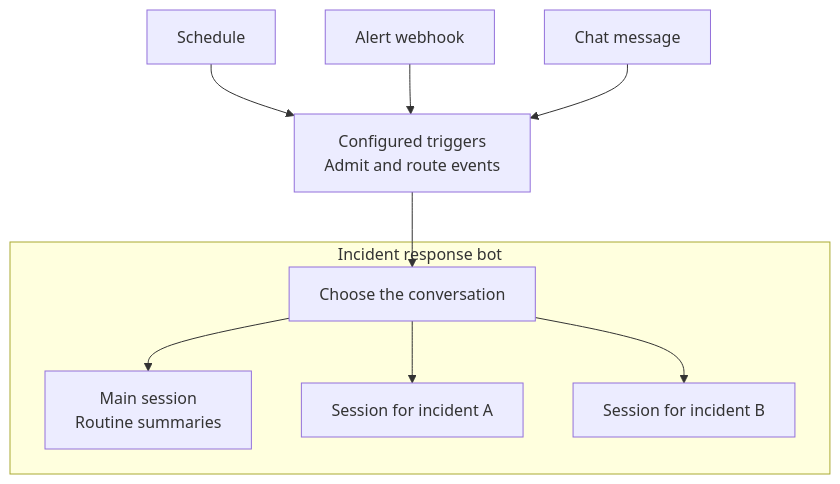
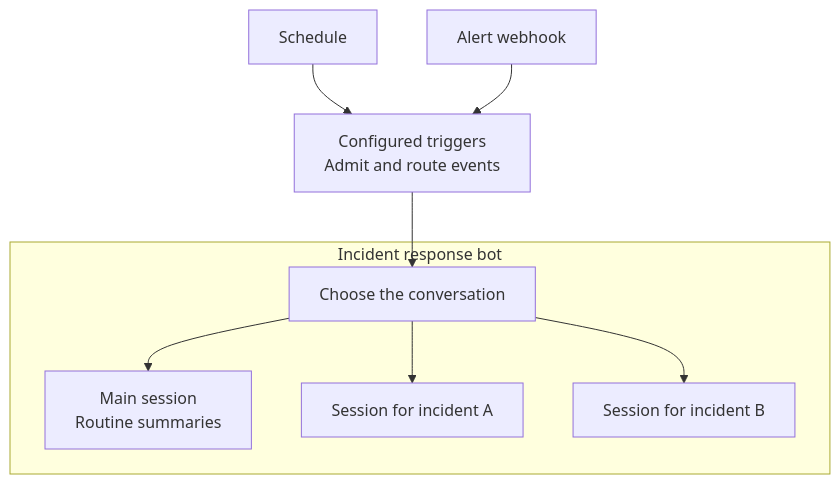
One commit to smartcomputer-ai/lightspeed changed the third of 4 diagrams in docs/documentation/getting-started/concepts.md. Above: the diagram before and after it, drawn with Mermaid. The commit also changed other lines of this file and 291 other files, not shown here.

````diff
--- a/docs/documentation/getting-started/concepts.md
+++ b/docs/documentation/getting-started/concepts.md
@@ -135,13 +131,12 @@
 ```mermaid
 flowchart TB
   Schedule["Schedule"] --> Triggers
   Webhook["Alert webhook"] --> Triggers
-  Chat["Chat message"] --> Triggers
   Triggers["Configured triggers<br/>Admit and route events"] --> Routing
   subgraph Bot["Incident response bot"]
     Routing["Choose the conversation"]
     Routing --> Main["Main session<br/>Routine summaries"]
     Routing --> IncidentA["Session for incident A"]
     Routing --> IncidentB["Session for incident B"]
   end
 ```
````
